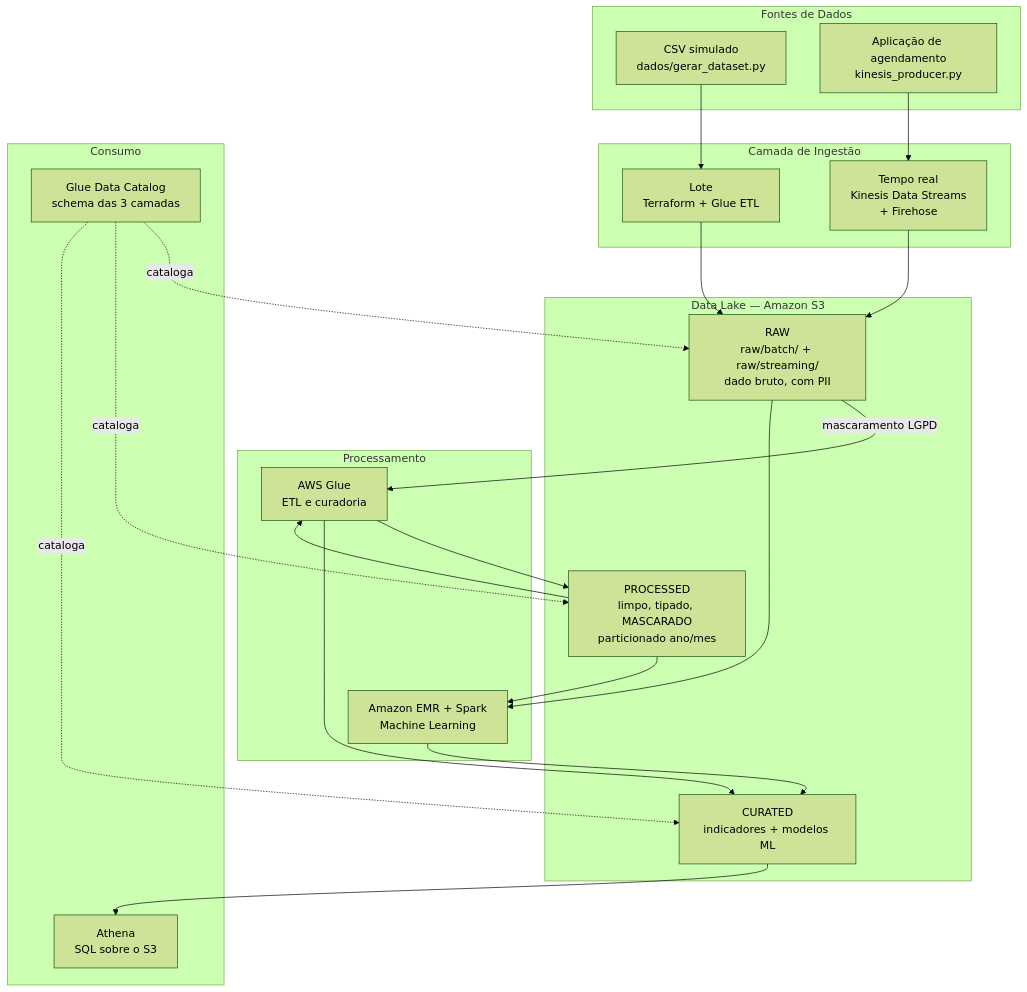
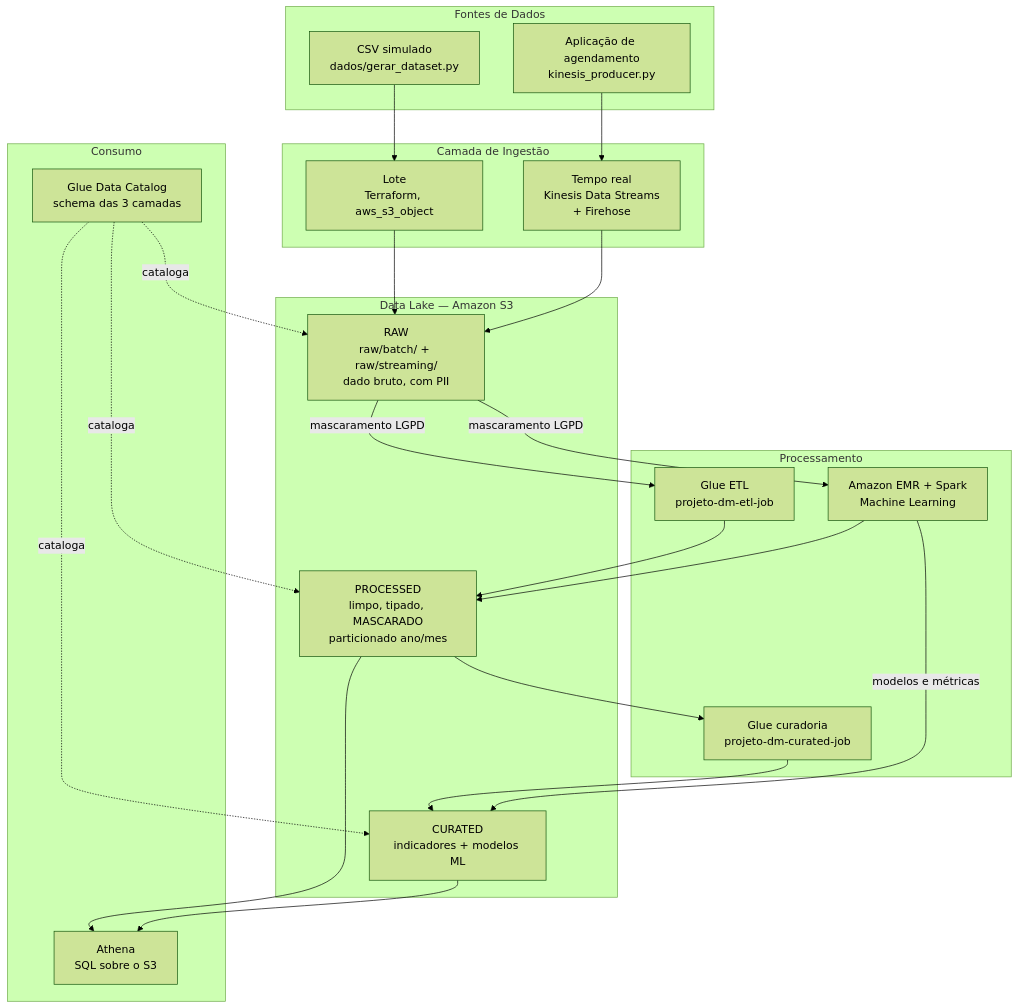
The first of 2 diagrams in README.md (victorpereirasilva/Projeto_DM), drawn with Mermaid (forest theme) before and after one commit. The commit also changed other lines of this file and 11 other files, not shown here.

````diff
--- a/README.md
+++ b/README.md
@@ -46,39 +46,39 @@
 ```mermaid
 flowchart TD
     subgraph FONTES["Fontes de Dados"]
         CSV["CSV simulado<br/>dados/gerar_dataset.py"]
         APP["Aplicação de agendamento<br/>kinesis_producer.py"]
     end
 
     subgraph INGESTAO["Camada de Ingestão"]
-        BATCH["Lote<br/>Terraform + Glue ETL"]
+        BATCH["Lote<br/>Terraform, aws_s3_object"]
         STREAM["Tempo real<br/>Kinesis Data Streams<br/>+ Firehose"]
     end
 
     subgraph LAKE["Data Lake — Amazon S3"]
         RAW["RAW<br/>raw/batch/ + raw/streaming/<br/>dado bruto, com PII"]
         PROC["PROCESSED<br/>limpo, tipado, MASCARADO<br/>particionado ano/mes"]
         CUR["CURATED<br/>indicadores + modelos ML"]
     end
 
     subgraph PROCESSAMENTO["Processamento"]
-        GLUE["AWS Glue<br/>ETL e curadoria"]
+        ETL["Glue ETL<br/>projeto-dm-etl-job"]
+        CURJOB["Glue curadoria<br/>projeto-dm-curated-job"]
         EMR["Amazon EMR + Spark<br/>Machine Learning"]
     end
 
     subgraph CONSUMO["Consumo"]
         ATHENA["Athena<br/>SQL sobre o S3"]
         CATALOG["Glue Data Catalog<br/>schema das 3 camadas"]
     end
 
     CSV --> BATCH --> RAW
     APP --> STREAM --> RAW
-    RAW -->|mascaramento LGPD| GLUE --> PROC
-    RAW --> EMR
-    PROC --> GLUE
-    PROC --> EMR
-    GLUE --> CUR
-    EMR --> CUR
+    RAW -->|mascaramento LGPD| ETL --> PROC
+    RAW -->|mascaramento LGPD| EMR --> PROC
+    PROC --> CURJOB --> CUR
+    EMR -->|modelos e métricas| CUR
+    PROC --> ATHENA
     CUR --> ATHENA
     CATALOG -.cataloga.-> RAW & PROC & CUR
 ```
````
